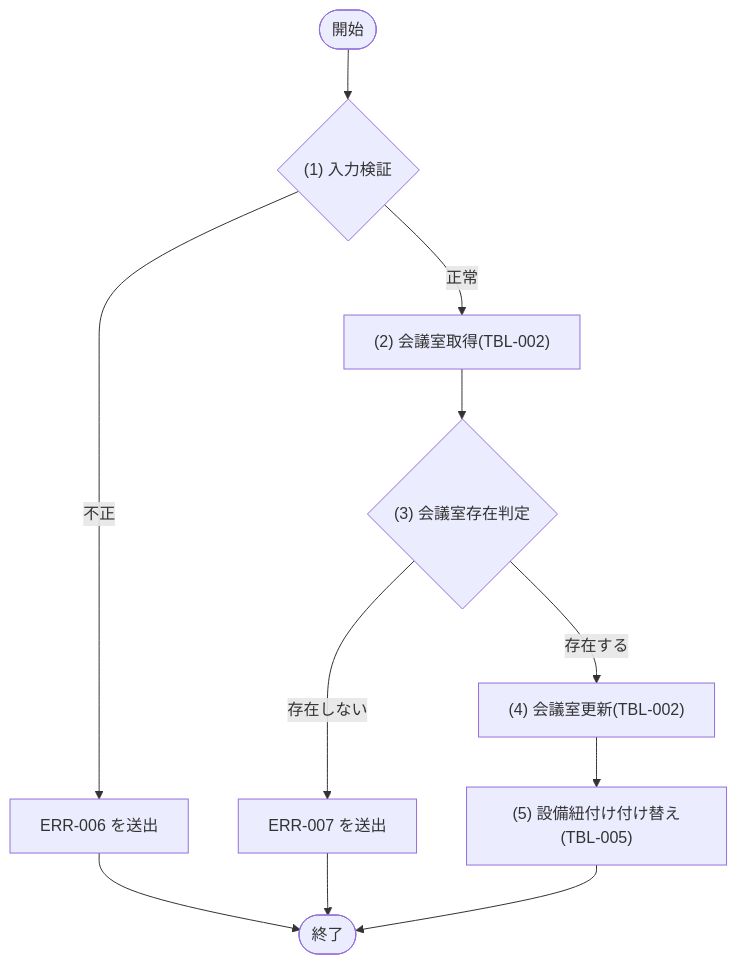
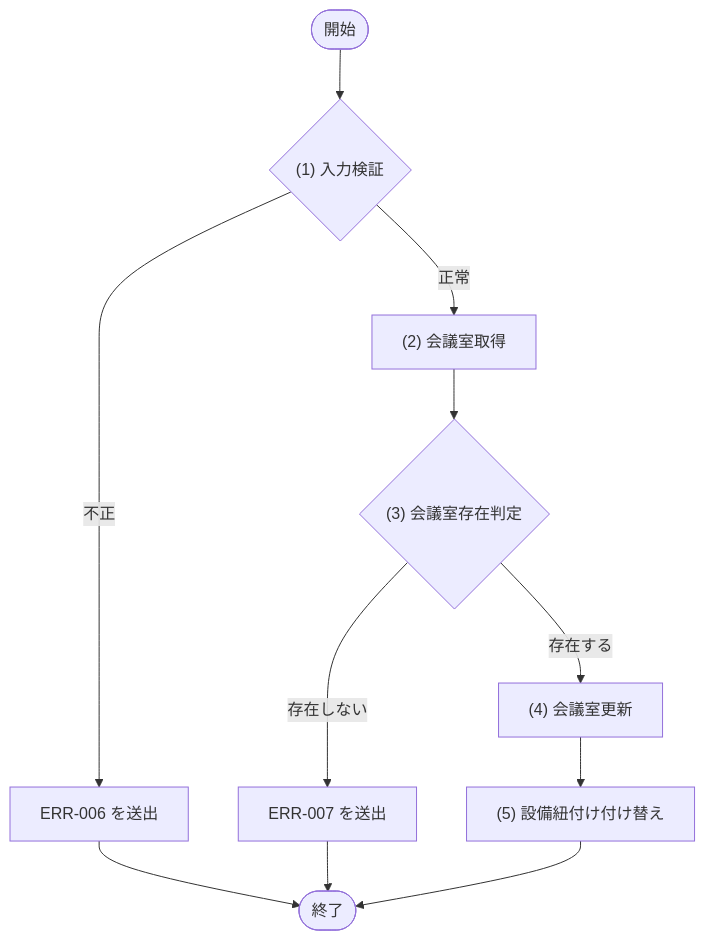
Before and after one commit to sikakou54/system-document-template: the second of 5 diagrams in docs/02_機能設計/05_モジュール設計/MOD-004_会議室管理サービス.md, drawn with Mermaid. The commit also changed other lines of this file and 128 other files, not shown here.

````diff
--- a/docs/02_機能設計/05_モジュール設計/MOD-004_会議室管理サービス.md
+++ b/docs/02_機能設計/05_モジュール設計/MOD-004_会議室管理サービス.md
@@ -51,18 +184,18 @@
 ```mermaid
 flowchart TD
   Start([開始])
   D1{"(1) 入力検証"}
-  P1["(2) 会議室取得(TBL-002)"]
+  P1["(2) 会議室取得"]
   D2{"(3) 会議室存在判定"}
-  P2["(4) 会議室更新(TBL-002)"]
-  P3["(5) 設備紐付け付け替え(TBL-005)"]
+  P2["(4) 会議室更新"]
+  P3["(5) 設備紐付け付け替え"]
   E1["ERR-006 を送出"]
   E2["ERR-007 を送出"]
   End([終了])
 
   Start --> D1
   D1 -- "不正" --> E1 --> End
   D1 -- "正常" --> P1 --> D2
   D2 -- "存在しない" --> E2 --> End
   D2 -- "存在する" --> P2 --> P3 --> End
 ```
````
